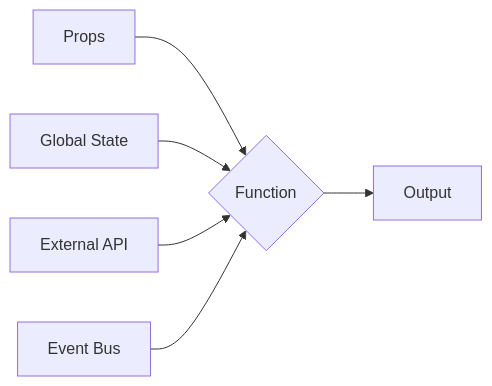
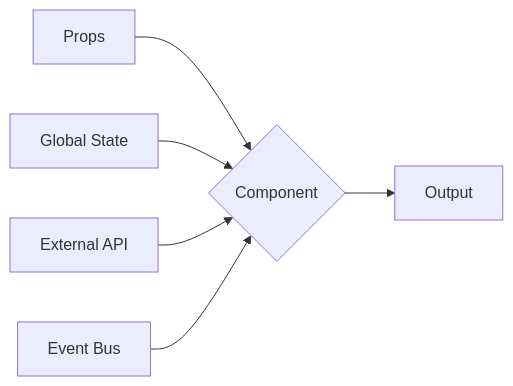
The sixth of 12 diagrams in slides.md (lindsaykwardell/vgs-functional-programming), drawn with Mermaid before and after one commit. The commit also changed other lines of this file and 1 other file, not shown here.

````diff
--- a/slides.md
+++ b/slides.md
@@ -444,8 +499,8 @@
 ```mermaid
 flowchart LR
-    Props --> Function
-    state[Global State] --> Function
-    api[External API] --> Function
-    bus[Event Bus] --> Function
-    Function{Function} --> Output
+    Props --> Component
+    state[Global State] --> Component
+    api[External API] --> Component
+    bus[Event Bus] --> Component
+    Component{Component} --> Output
 ```
````
